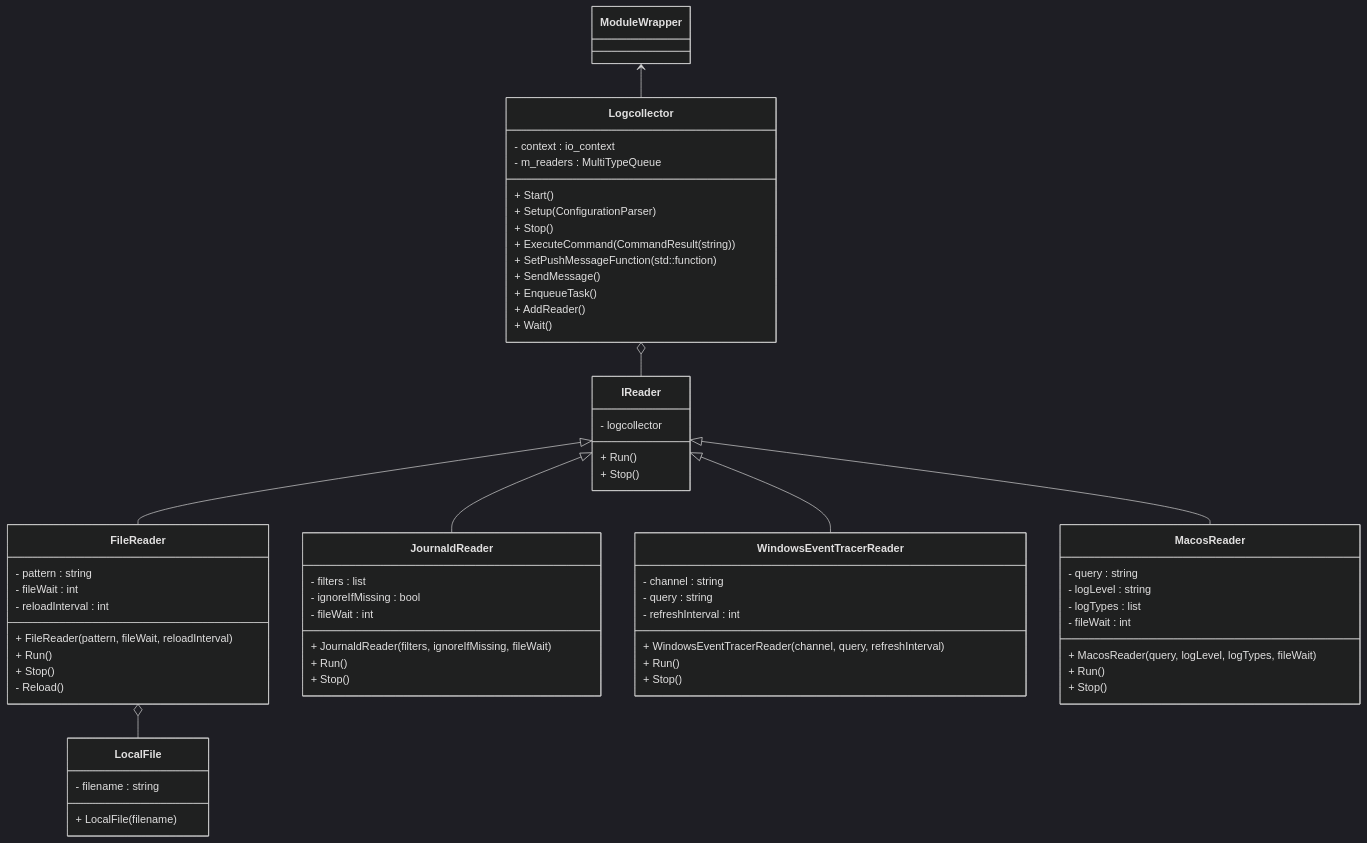
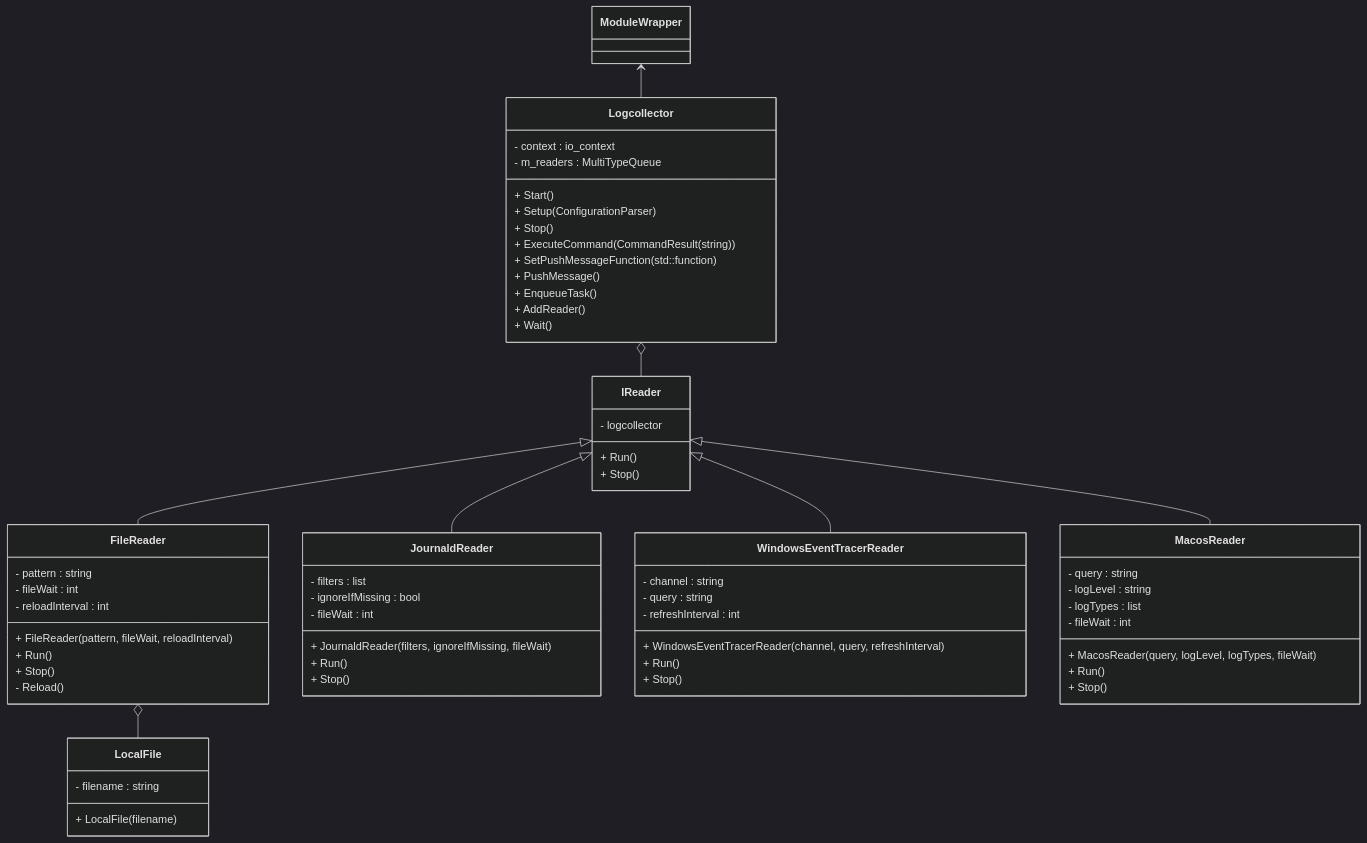
The diagram in docs/ref/modules/logcollector/architecture.md (wazuh/wazuh-agent), drawn with Mermaid (dark theme) before and after one commit. The commit also changed 11 other files, not shown here.

First line of the commit message:
refactor: rename module functions to PushMessage

````diff
--- a/docs/ref/modules/logcollector/architecture.md
+++ b/docs/ref/modules/logcollector/architecture.md
@@ -5,67 +5,67 @@
 ```mermaid
 classDiagram
     class ModuleWrapper
     class Logcollector {
         - context : io_context
         - m_readers : MultiTypeQueue
         + Start()
         + Setup(ConfigurationParser)
         + Stop()
         + ExecuteCommand(CommandResult(string))
         + SetPushMessageFunction(std::function)
-        + SendMessage()
+        + PushMessage()
         + EnqueueTask()
         + AddReader()
         + Wait()
     }
     class IReader {
         - logcollector
         + Run()
         + Stop()
     }
     class FileReader {
         - pattern : string
         - fileWait : int
         - reloadInterval : int
         + FileReader(pattern, fileWait, reloadInterval)
         + Run()
         + Stop()
         - Reload()
     }
     class LocalFile {
         - filename : string
         + LocalFile(filename)
     }
     class JournaldReader {
         - filters : list
         - ignoreIfMissing : bool
         - fileWait : int
         + JournaldReader(filters, ignoreIfMissing, fileWait)
         + Run()
         + Stop()
     }
     class WindowsEventTracerReader {
         - channel : string
         - query : string
         - refreshInterval : int
         + WindowsEventTracerReader(channel, query, refreshInterval)
         + Run()
         + Stop()
     }
     class MacosReader {
         - query : string
         - logLevel : string
         - logTypes : list
         - fileWait : int
         + MacosReader(query, logLevel, logTypes, fileWait)
         + Run()
         + Stop()
     }
     ModuleWrapper <-- Logcollector
     Logcollector o-- IReader
     IReader <|-- FileReader
     IReader <|-- JournaldReader
     IReader <|-- WindowsEventTracerReader
     IReader <|-- MacosReader
     FileReader o-- LocalFile
 ```
````
